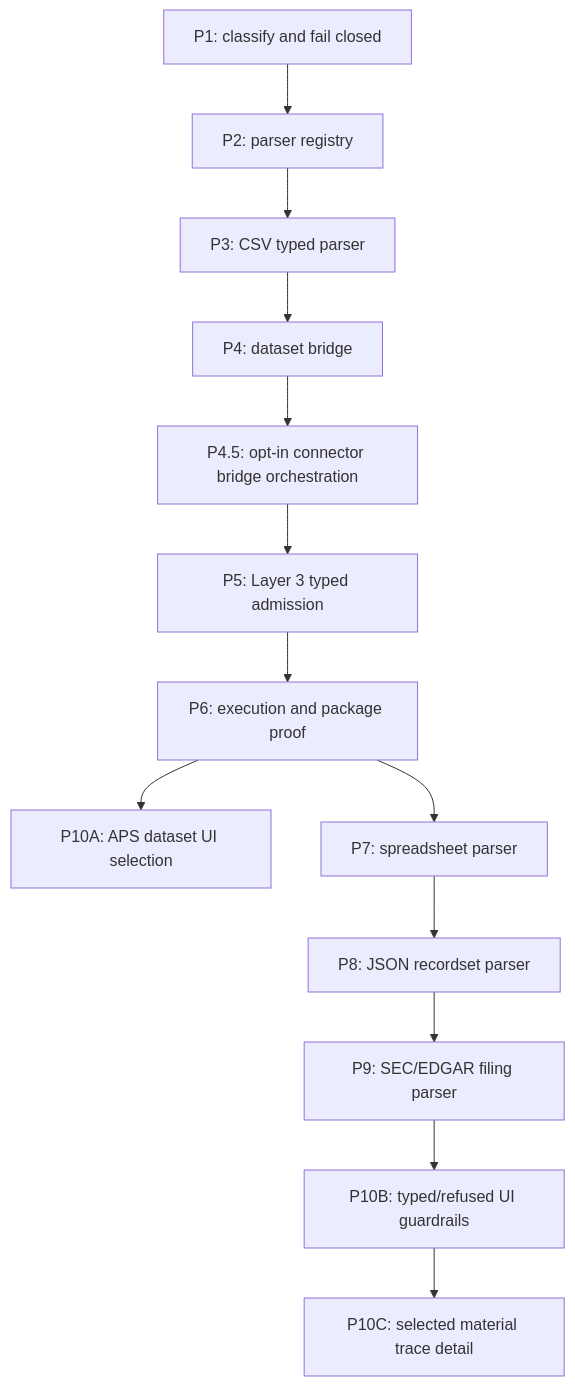
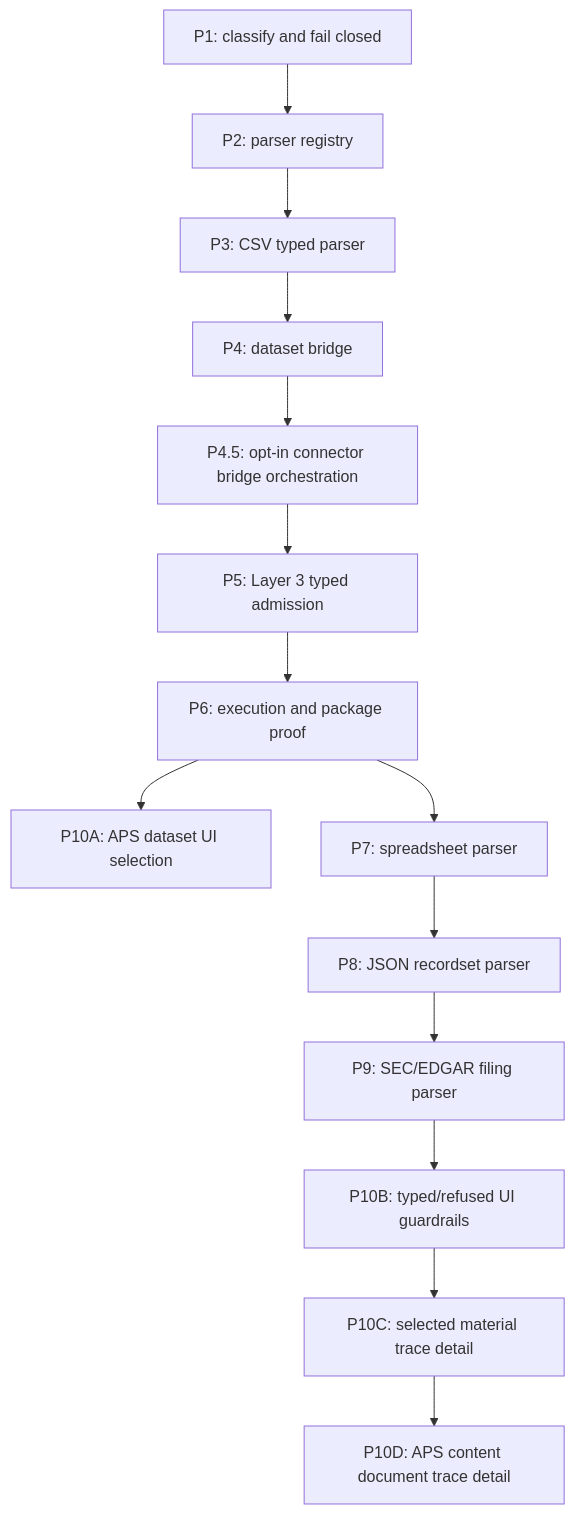
Before and after one commit to benjmcd/project6_REPO_MCP_FOLDER: the diagram in next_milestone_plans/multi-ingest/03-implementation.md, drawn with Mermaid. The commit also changed other lines of this file and 15 other files, not shown here.

Commit message:
Add Layer 3 APS content document trace selection

````diff
--- a/next_milestone_plans/multi-ingest/03-implementation.md
+++ b/next_milestone_plans/multi-ingest/03-implementation.md
@@ -451,15 +453,16 @@
 ```mermaid
 flowchart TD
     A["P1: classify and fail closed"] --> B["P2: parser registry"]
     B --> C["P3: CSV typed parser"]
     C --> D["P4: dataset bridge"]
     D --> E["P4.5: opt-in connector bridge orchestration"]
     E --> F["P5: Layer 3 typed admission"]
     F --> G["P6: execution and package proof"]
     G --> H["P10A: APS dataset UI selection"]
     G --> I["P7: spreadsheet parser"]
     I --> J["P8: JSON recordset parser"]
     J --> K["P9: SEC/EDGAR filing parser"]
     K --> L["P10B: typed/refused UI guardrails"]
     L --> M["P10C: selected material trace detail"]
+    M --> N["P10D: APS content document trace detail"]
 ```
````
